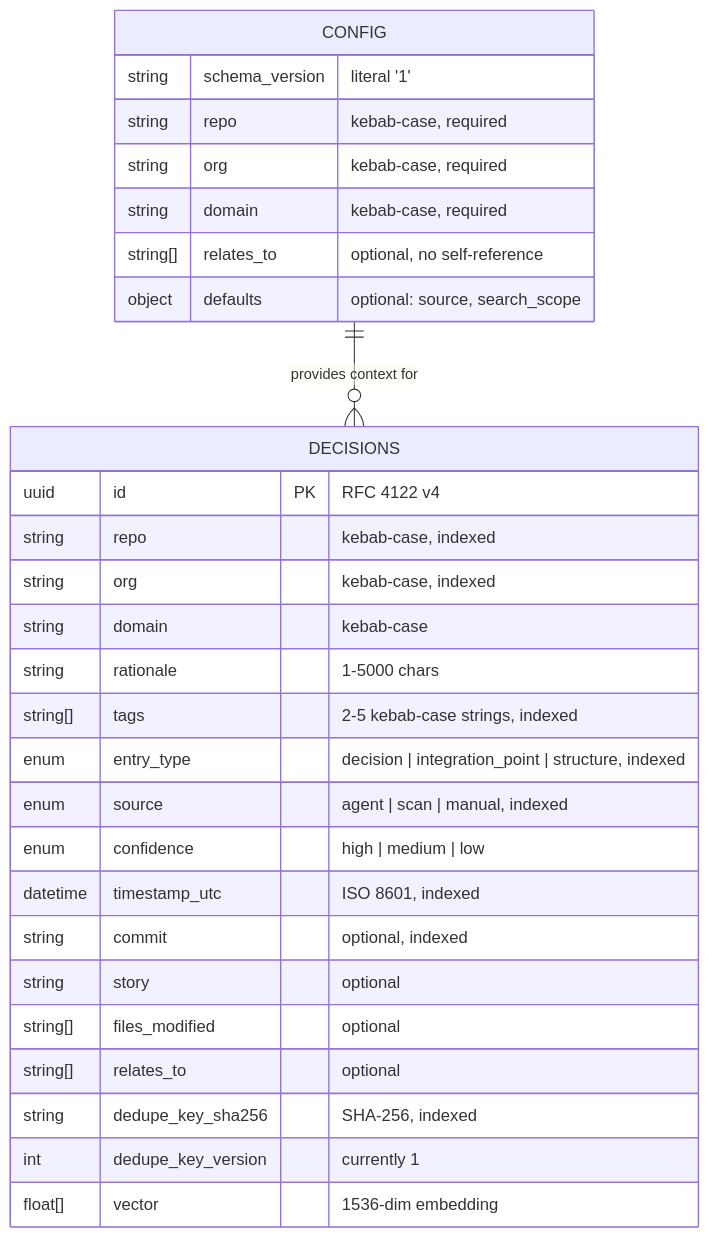
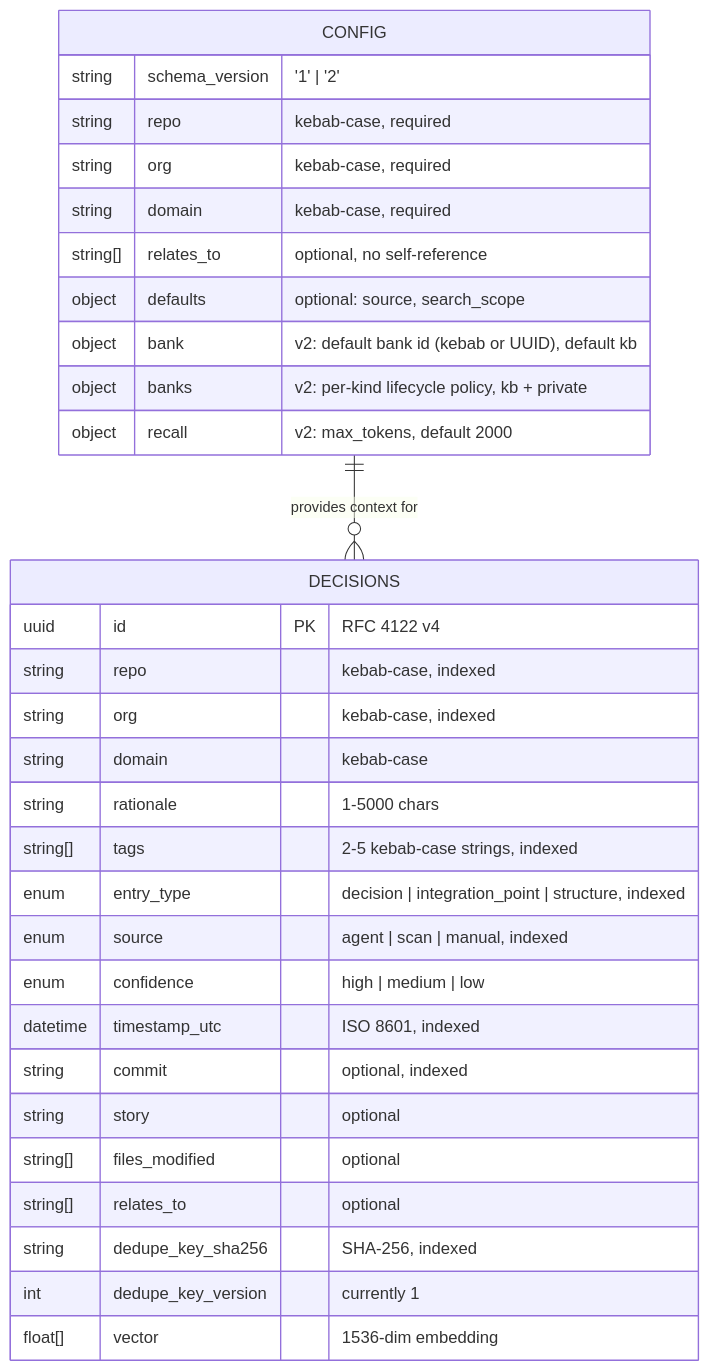
Before and after one commit to llipe/memo-cli: the first of 2 diagrams in docs/data-model.md, drawn with Mermaid. The commit also changed other lines of this file and 84 other files, not shown here.

First line of the commit message:
feat(prd-004): Phase 2 — Banks, Kinds, Sessions, Recall (#107)

````diff
--- a/docs/data-model.md
+++ b/docs/data-model.md
@@ -23,33 +23,36 @@
 ```mermaid
 erDiagram
     DECISIONS {
         uuid id PK "RFC 4122 v4"
         string repo "kebab-case, indexed"
         string org "kebab-case, indexed"
         string domain "kebab-case"
         string rationale "1-5000 chars"
         string[] tags "2-5 kebab-case strings, indexed"
         enum entry_type "decision | integration_point | structure, indexed"
         enum source "agent | scan | manual, indexed"
         enum confidence "high | medium | low"
         datetime timestamp_utc "ISO 8601, indexed"
         string commit "optional, indexed"
         string story "optional"
         string[] files_modified "optional"
         string[] relates_to "optional"
         string dedupe_key_sha256 "SHA-256, indexed"
         int dedupe_key_version "currently 1"
         float[] vector "1536-dim embedding"
     }
 
     CONFIG {
-        string schema_version "literal '1'"
+        string schema_version "'1' | '2'"
         string repo "kebab-case, required"
         string org "kebab-case, required"
         string domain "kebab-case, required"
         string[] relates_to "optional, no self-reference"
         object defaults "optional: source, search_scope"
+        object bank "v2: default bank id (kebab or UUID), default kb"
+        object banks "v2: per-kind lifecycle policy, kb + private"
+        object recall "v2: max_tokens, default 2000"
     }
 
     CONFIG ||--o{ DECISIONS : "provides context for"
 ```
````
